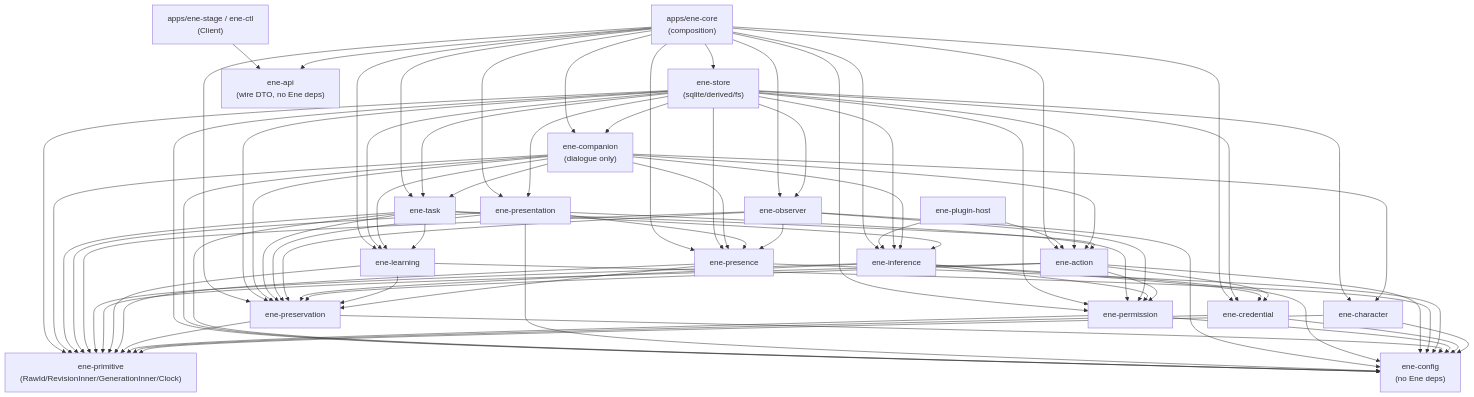
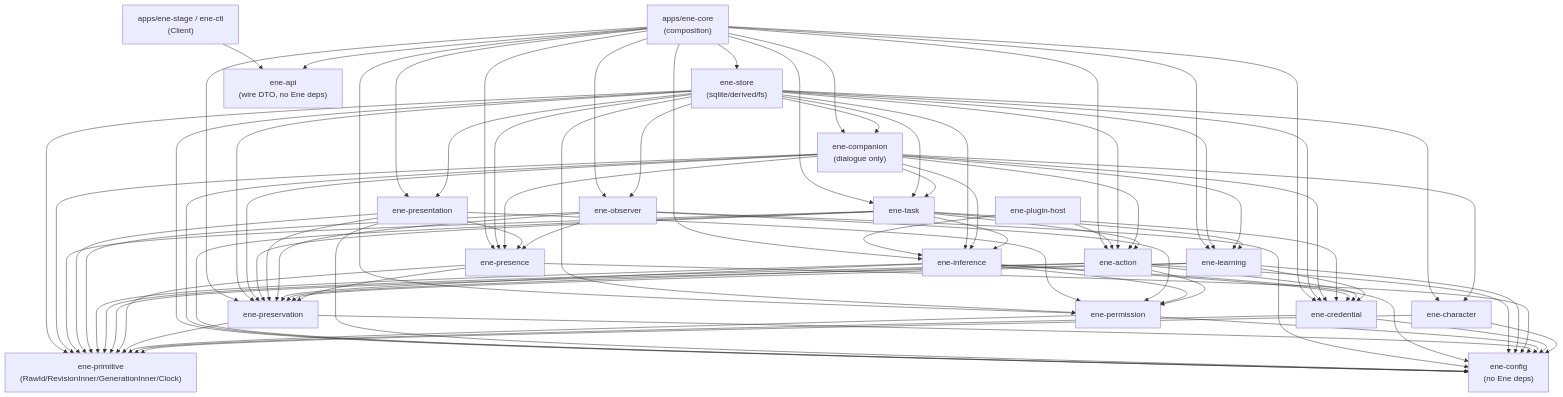
One commit to pexisgle/ene changed the diagram in docs/design/concrete/crate-module-decomposition.md. Above: the diagram before and after it, drawn with Mermaid. The commit also changed other lines of this file and 5 other files, not shown here.

```diff
--- a/docs/design/concrete/crate-module-decomposition.md
+++ b/docs/design/concrete/crate-module-decomposition.md
@@ -299,6 +299,7 @@
   presence --> presv
   learn --> prim
   learn --> cfg
+  learn --> cred
   learn --> presv
   action --> prim
   action --> cfg
@@ -325,6 +326,7 @@
   task --> learn
   task --> action
   task --> infer
+  task --> cred
   task --> presv
   comp --> prim
   comp --> cfg
@@ -334,6 +336,7 @@
   comp --> presence
   comp --> infer
   comp --> action
+  comp --> cred
   comp --> presv
   store --> prim
   store --> cfg
```
